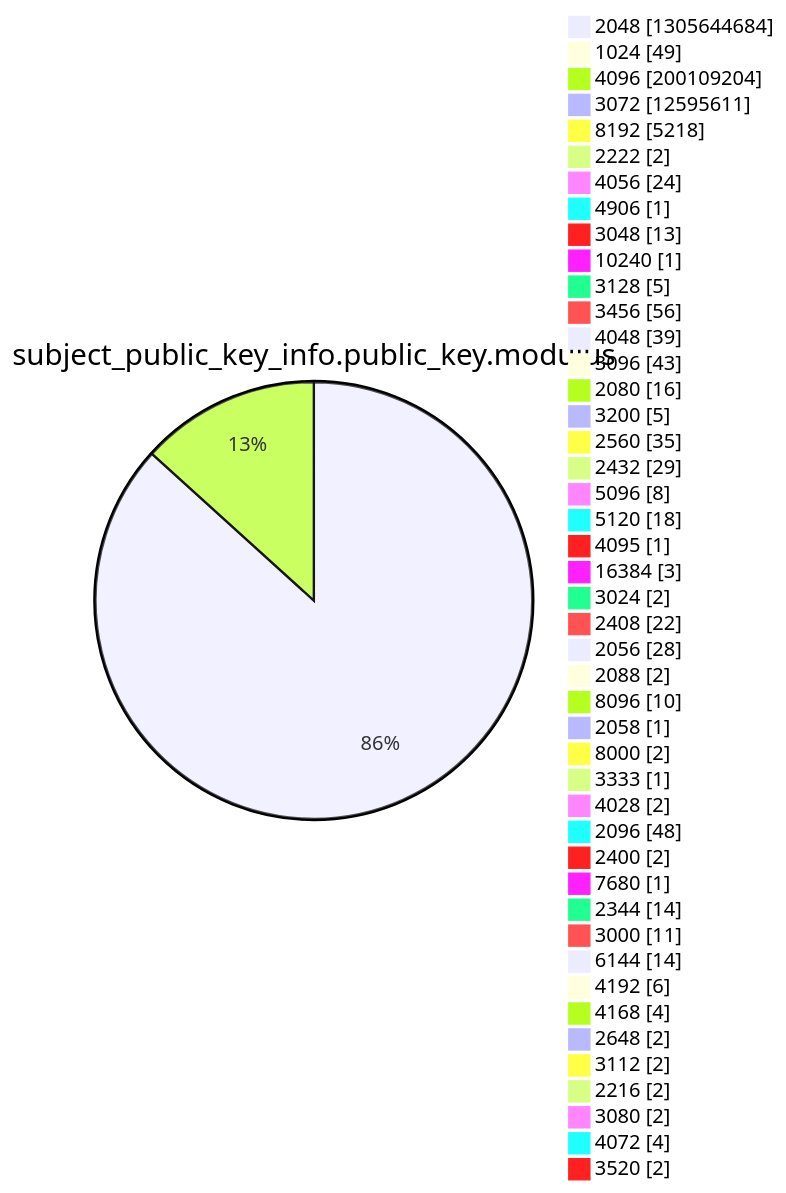
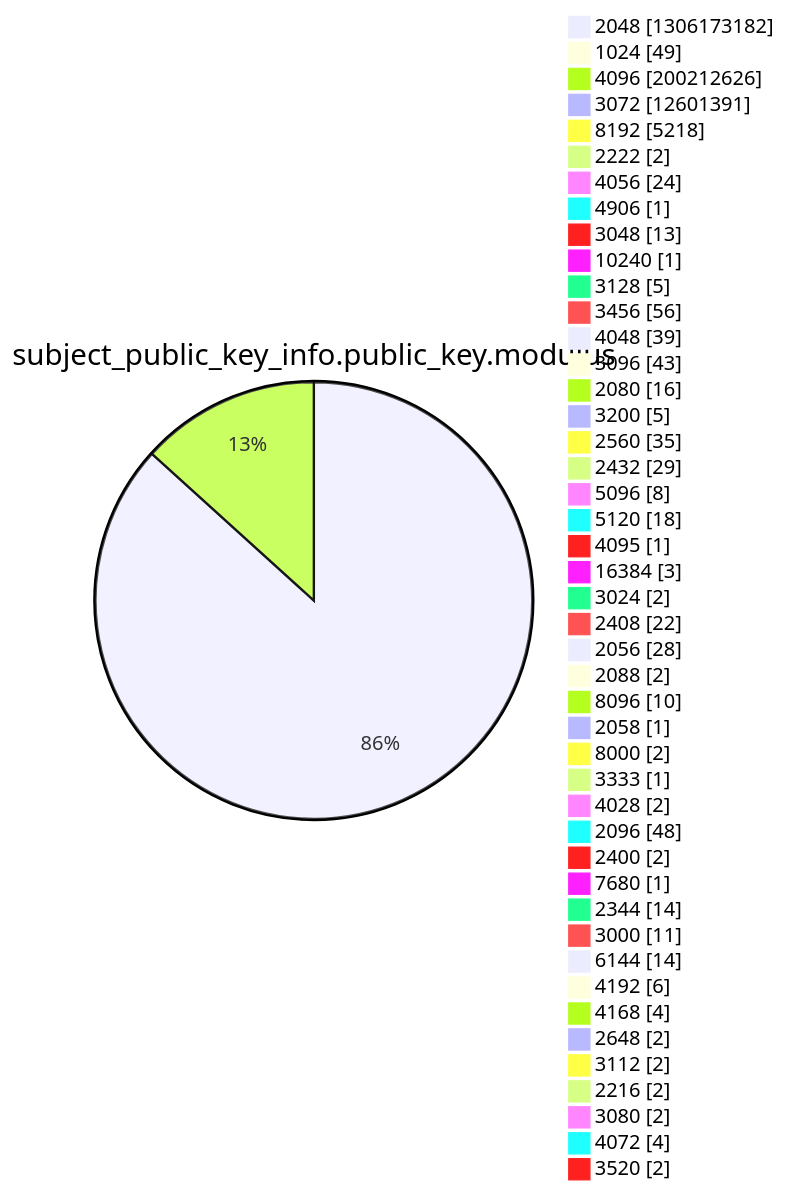
Before and after one commit to christiankrug/ctmonitor_visualization: diagram 13 of 15 in xenon2022/README.md, drawn with Mermaid. The commit also changed other lines of this file, not shown here.

````diff
--- a/xenon2022/README.md
+++ b/xenon2022/README.md
@@ -3924,49 +3924,49 @@
 ```mermaid
 pie showData
 title subject_public_key_info.public_key.modulus
-"2048" :1305644684
+"2048" :1306173182
 "1024" :49
-"4096" :200109204
-"3072" :12595611
+"4096" :200212626
+"3072" :12601391
 "8192" :5218
 "2222" :2
 "4056" :24
 "4906" :1
 "3048" :13
 "10240" :1
 "3128" :5
 "3456" :56
 "4048" :39
 "3096" :43
 "2080" :16
 "3200" :5
 "2560" :35
 "2432" :29
 "5096" :8
 "5120" :18
 "4095" :1
 "16384" :3
 "3024" :2
 "2408" :22
 "2056" :28
 "2088" :2
 "8096" :10
 "2058" :1
 "8000" :2
 "3333" :1
 "4028" :2
 "2096" :48
 "2400" :2
 "7680" :1
 "2344" :14
 "3000" :11
 "6144" :14
 "4192" :6
 "4168" :4
 "2648" :2
 "3112" :2
 "2216" :2
 "3080" :2
 "4072" :4
 "3520" :2
 ```
````
